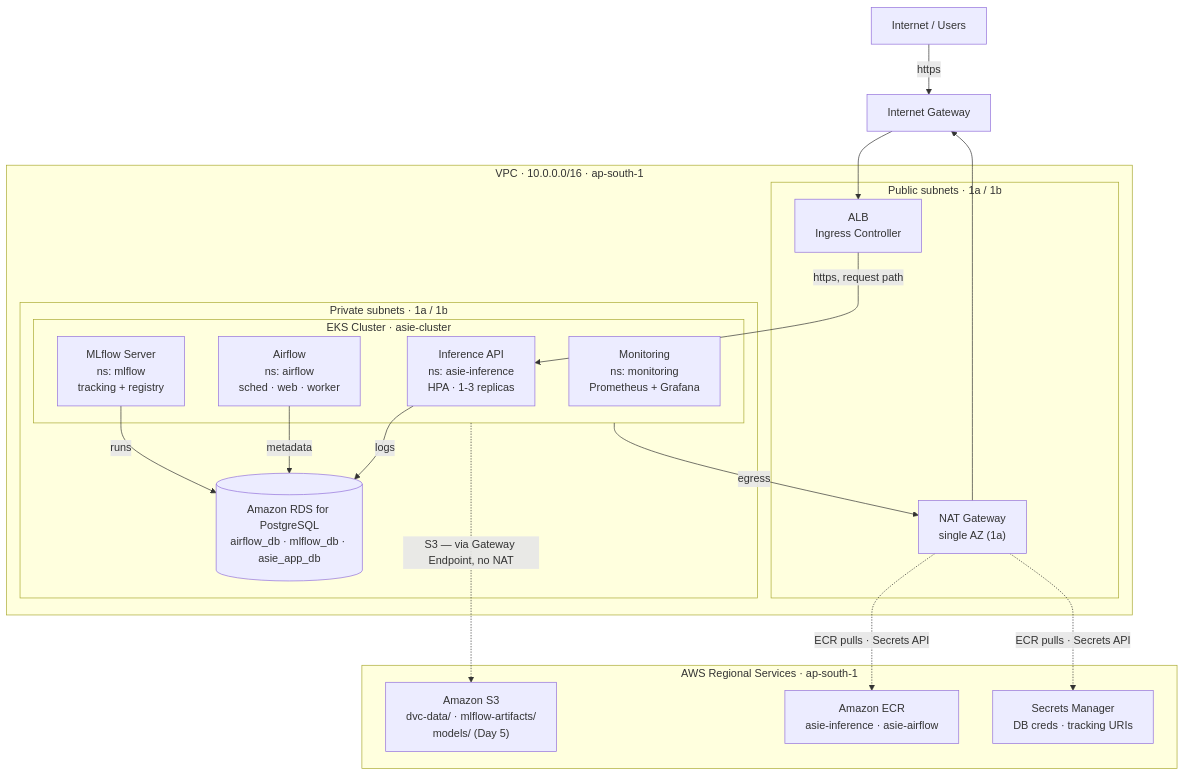
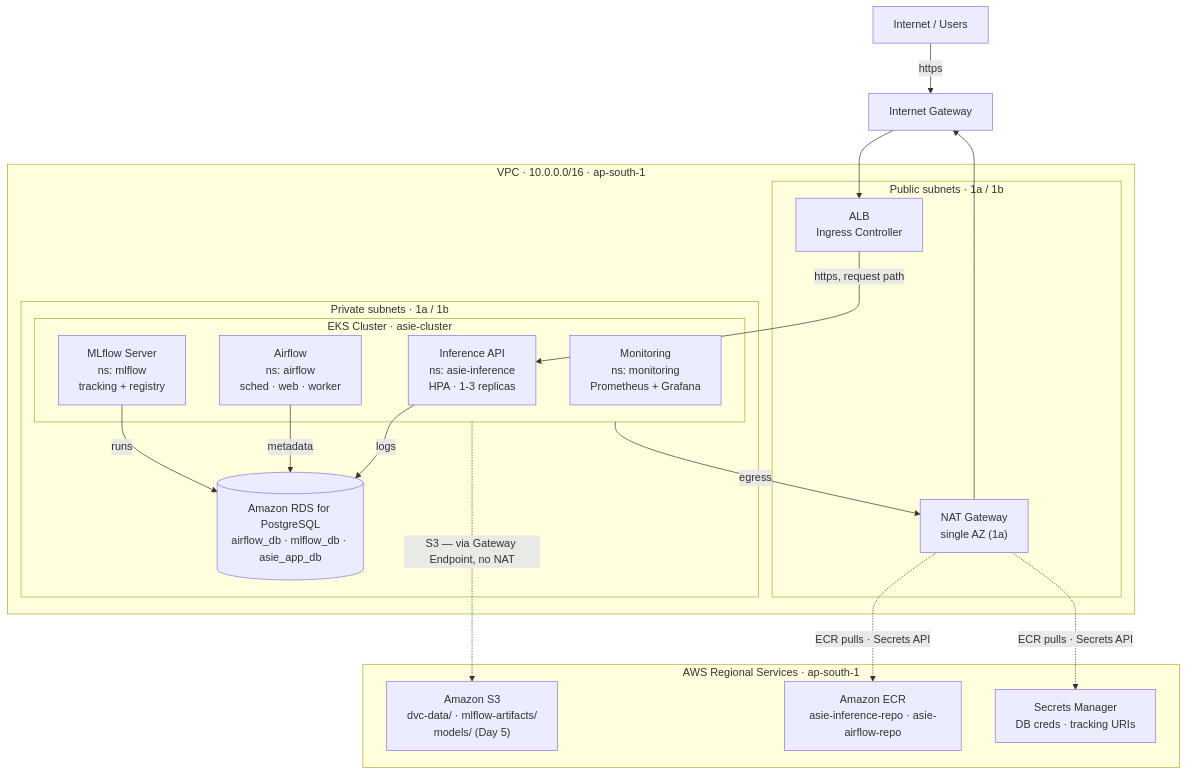
One commit to sharjeel6392/asie changed the second of 2 diagrams in AWS_ARCHITECTURE.md. Above: the diagram before and after it, drawn with Mermaid. The commit also changed other lines of this file and 14 other files, not shown here.

````diff
--- a/AWS_ARCHITECTURE.md
+++ b/AWS_ARCHITECTURE.md
@@ -56,40 +56,40 @@
 ```mermaid
 flowchart TB
     Internet["Internet / Users"] -->|https| IGW["Internet Gateway"]
 
     subgraph VPC["VPC · 10.0.0.0/16 · ap-south-1"]
         subgraph Public["Public subnets · 1a / 1b"]
             ALB["ALB<br/>Ingress Controller"]
             NAT["NAT Gateway<br/>single AZ (1a)"]
         end
 
         subgraph Private["Private subnets · 1a / 1b"]
             subgraph EKS["EKS Cluster · asie-cluster"]
                 Inference["Inference API<br/>ns: asie-inference<br/>HPA · 1-3 replicas"]
                 AirflowK8s["Airflow<br/>ns: airflow<br/>sched · web · worker"]
                 MLflowK8s["MLflow Server<br/>ns: mlflow<br/>tracking + registry"]
                 Monitoring["Monitoring<br/>ns: monitoring<br/>Prometheus + Grafana"]
             end
             RDS[("Amazon RDS for PostgreSQL<br/>airflow_db · mlflow_db · asie_app_db")]
         end
     end
 
     subgraph Regional["AWS Regional Services · ap-south-1"]
         S3["Amazon S3<br/>dvc-data/ · mlflow-artifacts/<br/>models/ (Day 5)"]
-        ECR["Amazon ECR<br/>asie-inference · asie-airflow"]
+        ECR["Amazon ECR<br/>asie-inference-repo · asie-airflow-repo"]
         Secrets["Secrets Manager<br/>DB creds · tracking URIs"]
     end
 
     IGW --> ALB
     ALB -->|https, request path| Inference
     EKS -->|egress| NAT
     NAT --> IGW
 
     Inference -->|logs| RDS
     AirflowK8s -->|metadata| RDS
     MLflowK8s -->|runs| RDS
 
     EKS -.->|"S3 — via Gateway Endpoint, no NAT"| S3
     NAT -.->|"ECR pulls · Secrets API"| ECR
     NAT -.->|"ECR pulls · Secrets API"| Secrets
 ```
````
